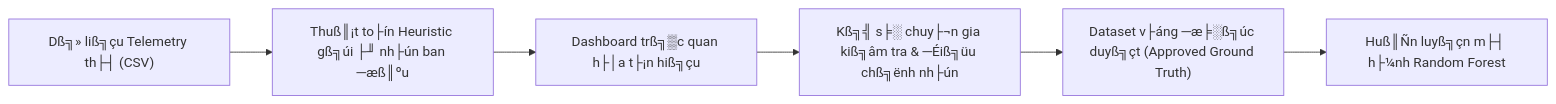
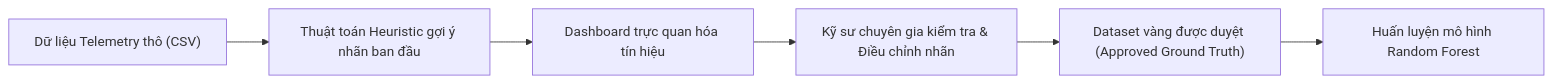
Before and after one commit to HOANGTHI2509/THUCTAP-VICOMSAT-D1: the second of 4 diagrams in README.md, drawn with Mermaid. The commit also changed other lines of this file, not shown here.

````diff
--- a/README.md
+++ b/README.md
@@ -221,8 +221,8 @@
 ```mermaid
 flowchart LR
-    A["Dß╗» liß╗çu Telemetry th├┤ (CSV)"] --> B["Thuß║¡t to├ín Heuristic gß╗úi ├╜ nh├ún ban ─æß║ºu"]
-    B --> C["Dashboard trß╗▒c quan h├│a t├¡n hiß╗çu"]
-    C --> D["Kß╗╣ s╞░ chuy├¬n gia kiß╗âm tra & ─Éiß╗üu chß╗ënh nh├ún"]
-    D --> E["Dataset v├áng ─æ╞░ß╗úc duyß╗çt (Approved Ground Truth)"]
-    E --> F["Huß║Ñn luyß╗çn m├┤ h├¼nh Random Forest"]
+    A["Dữ liệu Telemetry thô (CSV)"] --> B["Thuật toán Heuristic gợi ý nhãn ban đầu"]
+    B --> C["Dashboard trực quan hóa tín hiệu"]
+    C --> D["Kỹ sư chuyên gia kiểm tra & Điều chỉnh nhãn"]
+    D --> E["Dataset vàng được duyệt (Approved Ground Truth)"]
+    E --> F["Huấn luyện mô hình Random Forest"]
 ```
````
